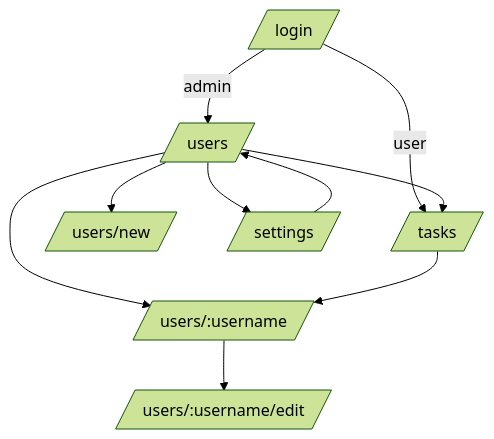
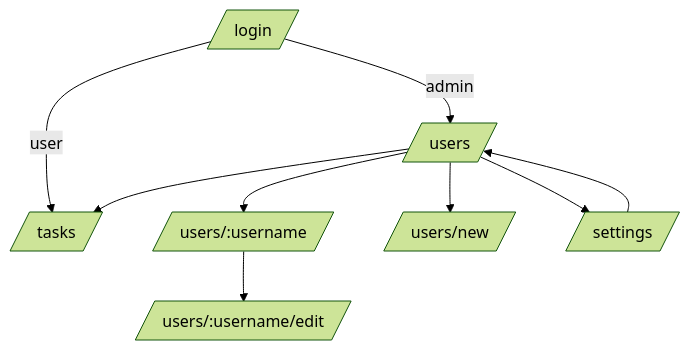
The third of 8 diagrams in docs/detail_design.md (notfolder/CodingAgentAutomata), drawn with Mermaid (forest theme) before and after one commit. The commit also changed other lines of this file and 2 other files, not shown here.

````diff
--- a/docs/detail_design.md
+++ b/docs/detail_design.md
@@ -271,12 +271,11 @@
 ```mermaid
 graph TD
     Login[/login/] -->|admin| Users[/users/]
     Login -->|user| Tasks[/tasks/]
     Users --> UserDetail[/users/:username/]
     Users --> UserCreate[/users/new/]
     UserDetail --> UserEdit[/users/:username/edit/]
     Users --> Tasks
     Users --> Settings[/settings/]
-    Tasks --> UserDetail
     Settings --> Users
 ```
````
